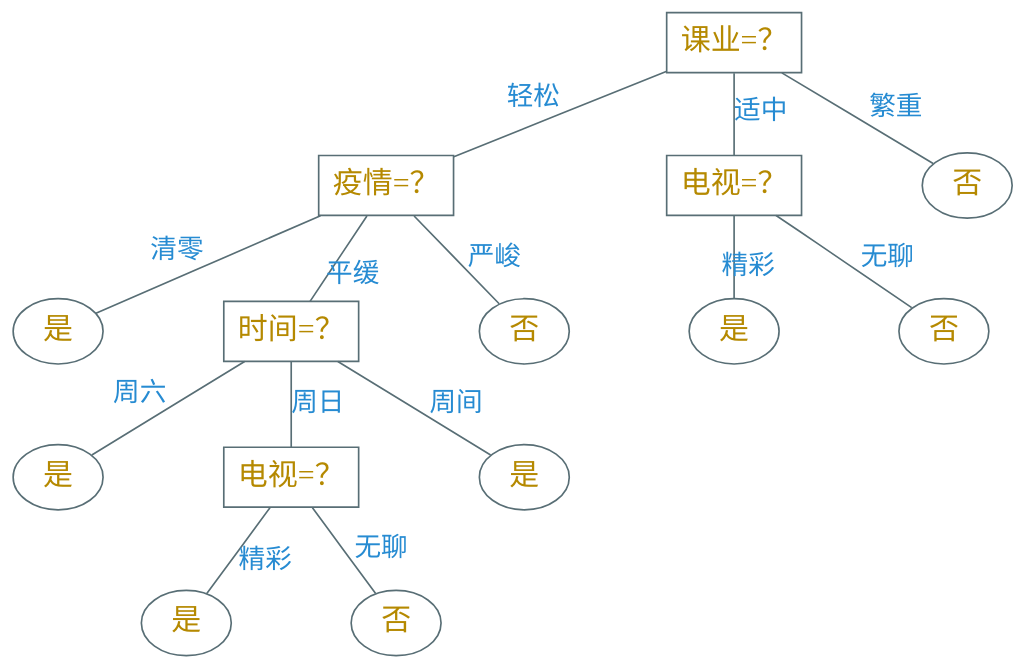
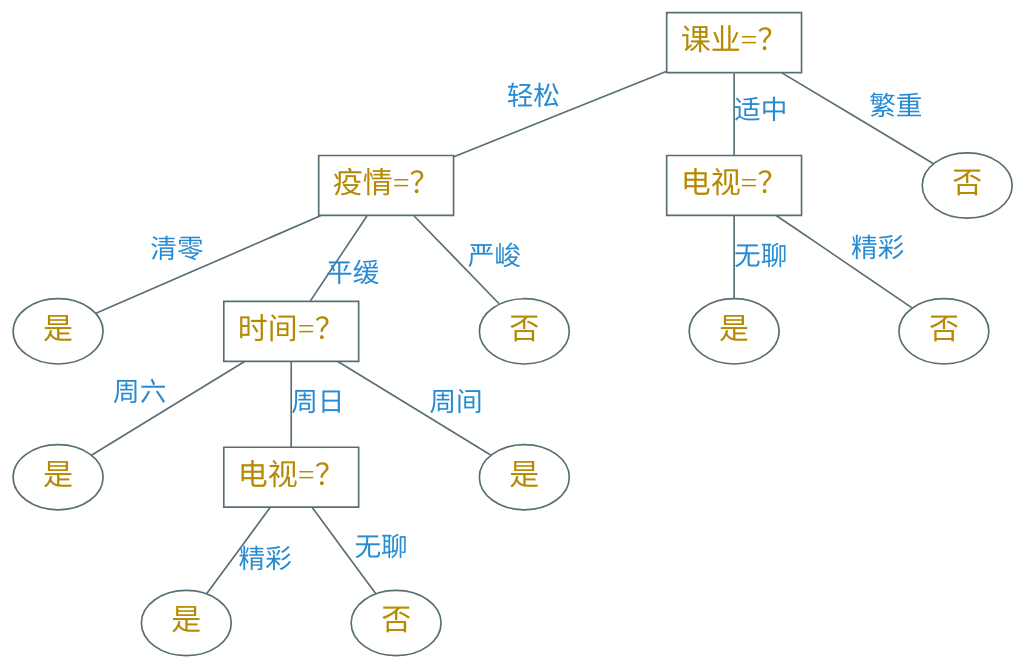
The diagram in dot/dt.dot (Avanti1980/course-ml), drawn with Graphviz before and after one commit. The commit also changed 24 other files, not shown here.

```diff
--- a/dot/dt.dot
+++ b/dot/dt.dot
@@ -1,41 +1,43 @@
 digraph g {
     graph [nodesep=1.0, ranksep=0.4]
     bgcolor="transparent"
     node [shape=box color="#586e75" fontcolor="#b58900" fontsize=18 fontname="Ysabeau,LXGWWenKai"]
     edge [color="#586e75" fontcolor="#268bd2" fontsize=16 fontname="Ysabeau,LXGWWenKai" arrowhead=none]
 
     "课业=？" -> "疫情=？" [xlabel="轻松"]
     "课业=？" -> "电视=？" [label="适中"]
 
     node [shape=ellipse]
 
     "课业=？" -> "否" [headlabel="繁重" labeldistance=4]
-    "电视=？" -> "是" [headlabel="精彩" labeldistance=2]
+
+    "电视=？" -> "是" [label="无聊"]
+
+    n2 [label="否"]
+    "电视=？" -> n2 [headlabel="精彩" labeldistance=4]
 
     y2 [label="是"]
     y3 [label="是"]
-    n2 [label="否"]
-
-    "电视=？" -> n2 [label="无聊"]
+    
     "疫情=？" -> y2 [xlabel="清零"]
 
     node [shape=box]
     tv [label="电视=？"]
     "疫情=？" -> "时间=？" [headlabel="平缓" labeldistance=3]
 
     node [shape=ellipse]
     n3 [label="否"]
     y4 [label="是"]
     y5 [label="是"]
     n4 [label="否"]
     "疫情=？" -> n3 [label="严峻"]
 
     "时间=？" -> y3 [xlabel="周六"]
 
     node [shape=box]
     "时间=？" -> tv [label="周日"]
     "时间=？" -> y4 [label="周间"]
 
     tv -> y5 [headlabel="精彩" labeldistance=4]
     tv -> n4 [label="无聊"]
 }
```
